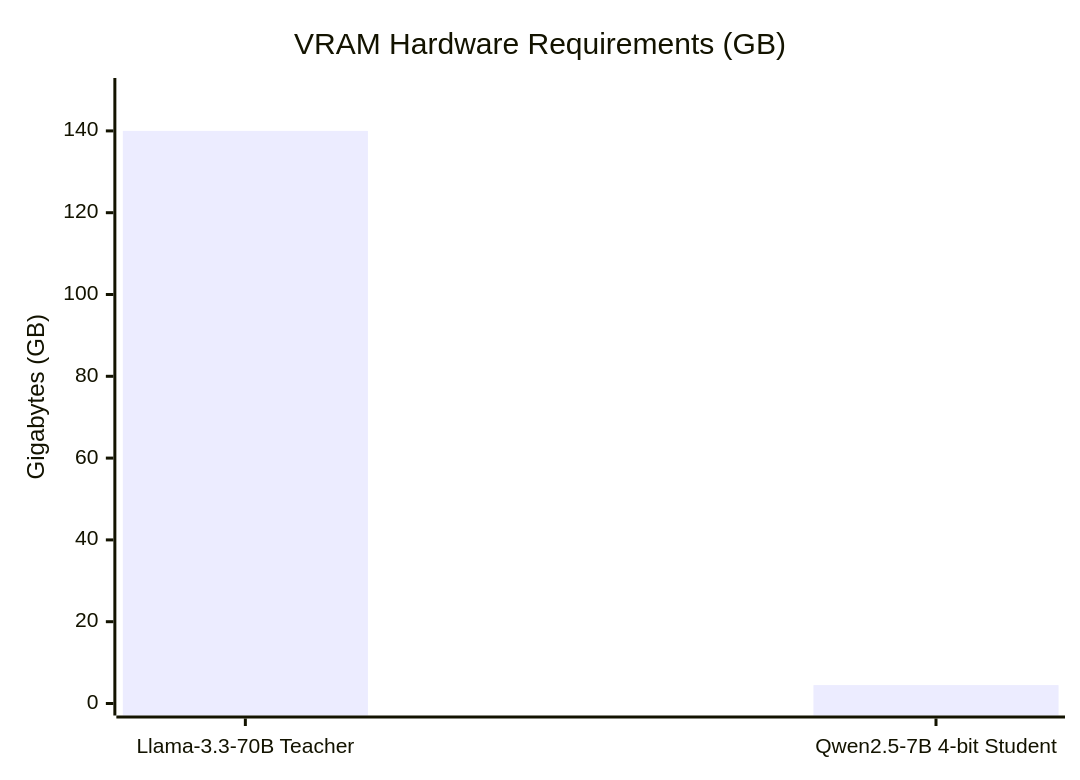
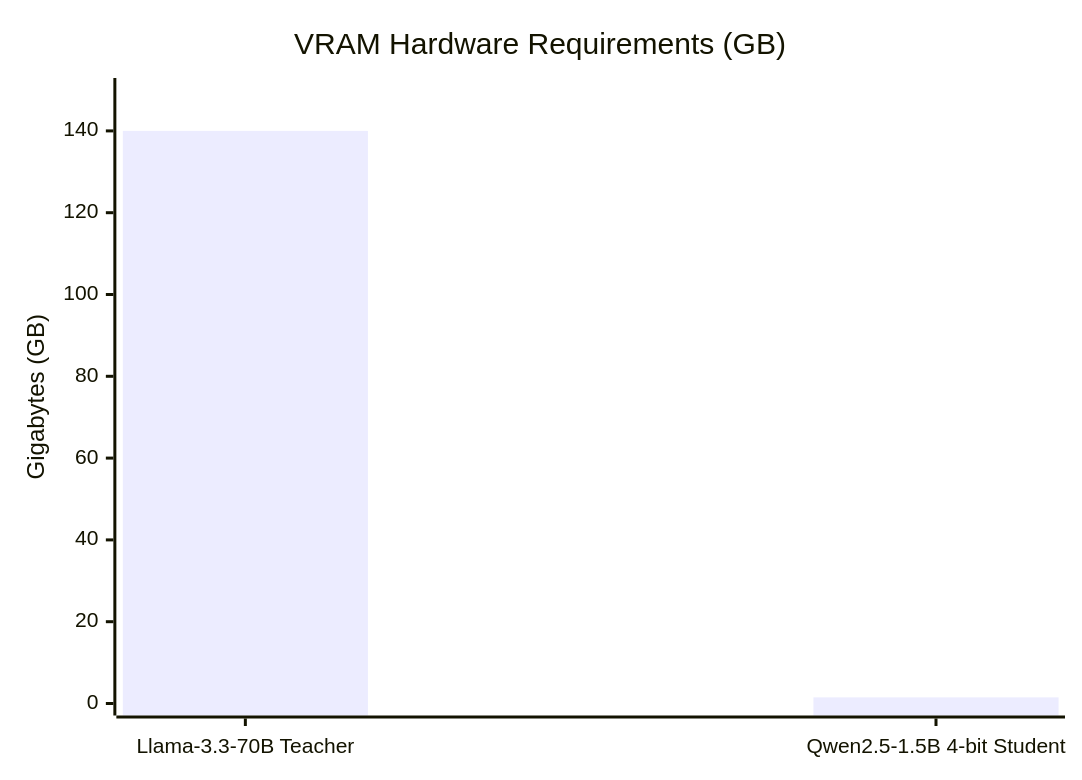
Before and after one commit to Khushalzz/pokemon-ai-distiller: the second of 2 diagrams in README.md, drawn with Mermaid. The commit also changed other lines of this file and 1 other file, not shown here.

Commit message:
Fix model references: Update Qwen2.5-7B to Qwen2.5-1.5B and update efficiency metrics

````diff
--- a/README.md
+++ b/README.md
@@ -40,7 +40,7 @@
 ```mermaid
 xychart-beta
     title "VRAM Hardware Requirements (GB)"
-    x-axis ["Llama-3.3-70B Teacher", "Qwen2.5-7B 4-bit Student"]
+    x-axis ["Llama-3.3-70B Teacher", "Qwen2.5-1.5B 4-bit Student"]
     y-axis "Gigabytes (GB)" 0 --> 150
-    bar [140, 4.5]
+    bar [140, 1.5]
 ```
````
